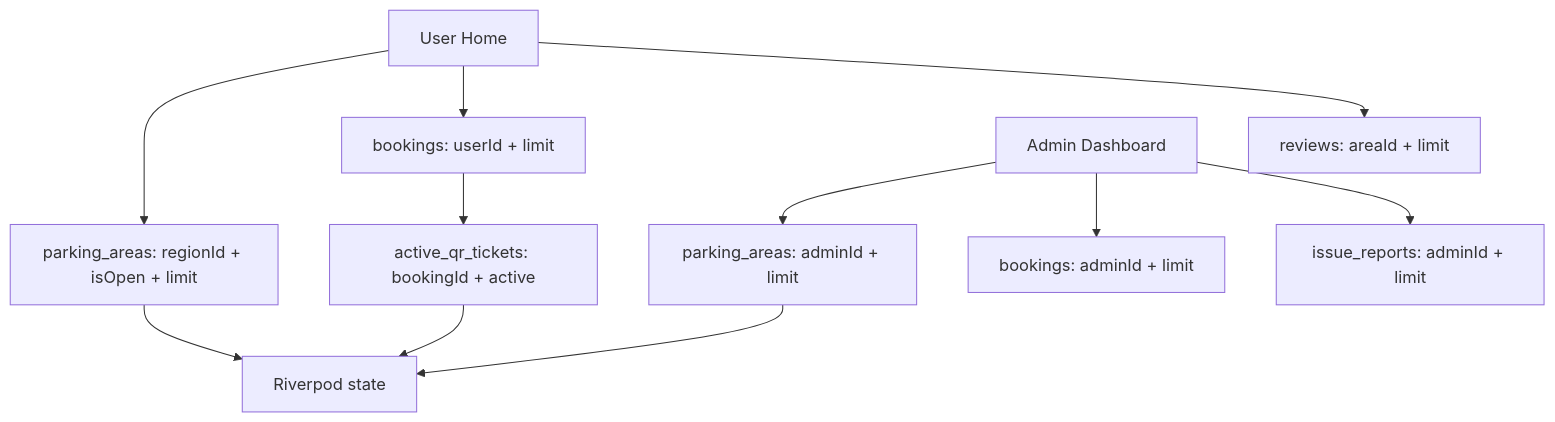
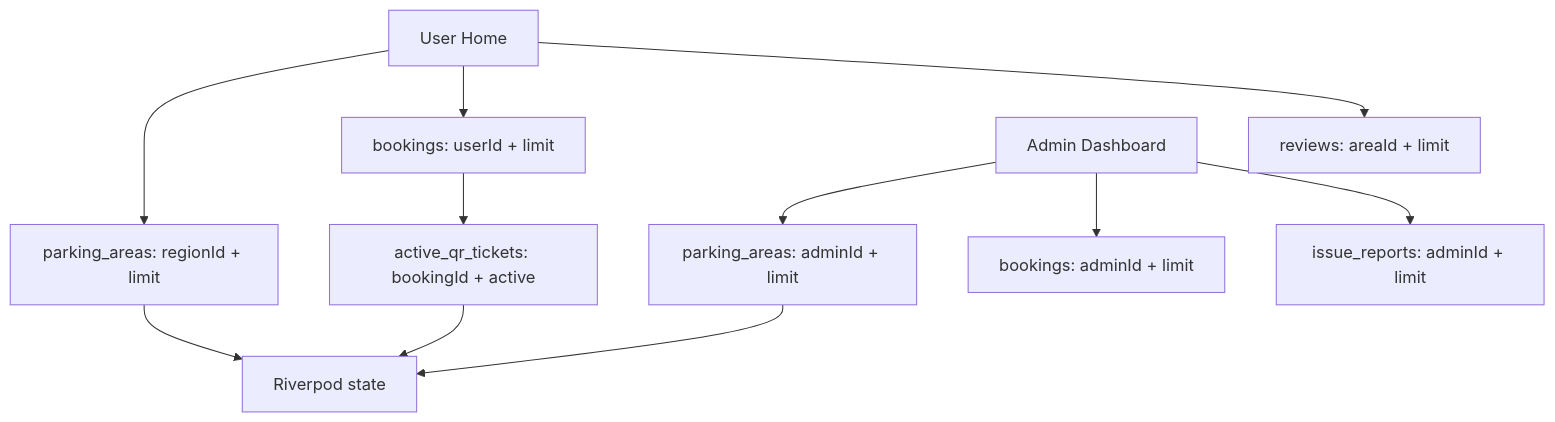
One commit to snehil-pandey/smart-parking-occupancy-system changed the fifth of 11 diagrams in docs/ARCHITECTURE.md. Above: the diagram before and after it, drawn with Mermaid. The commit also changed other lines of this file and 4 other files, not shown here.

````diff
--- a/docs/ARCHITECTURE.md
+++ b/docs/ARCHITECTURE.md
@@ -73,13 +74,13 @@
 ```mermaid
 flowchart TD
-  UserHome["User Home"] --> UserAreas["parking_areas: regionId + isOpen + limit"]
+  UserHome["User Home"] --> UserAreas["parking_areas: regionId + limit"]
   UserHome --> UserBookings["bookings: userId + limit"]
   UserBookings --> UserQR["active_qr_tickets: bookingId + active"]
   UserHome --> Reviews["reviews: areaId + limit"]
   AdminHome["Admin Dashboard"] --> AdminAreas["parking_areas: adminId + limit"]
   AdminHome --> AdminBookings["bookings: adminId + limit"]
   AdminHome --> AdminIssues["issue_reports: adminId + limit"]
   UserAreas --> Riverpod["Riverpod state"]
   AdminAreas --> Riverpod
   UserQR --> Riverpod
 ```
````
